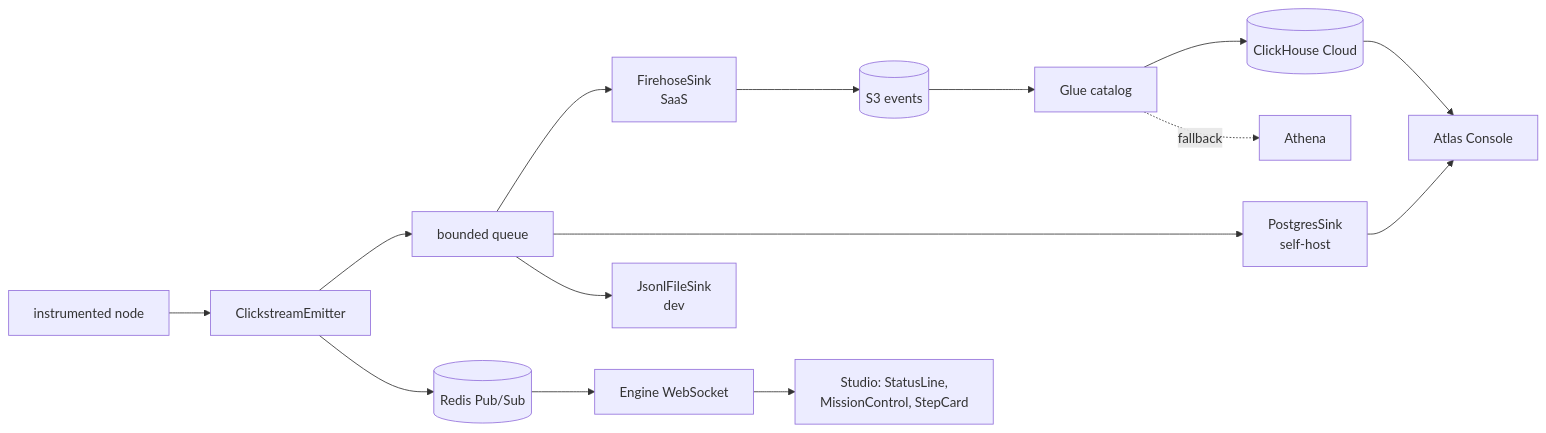
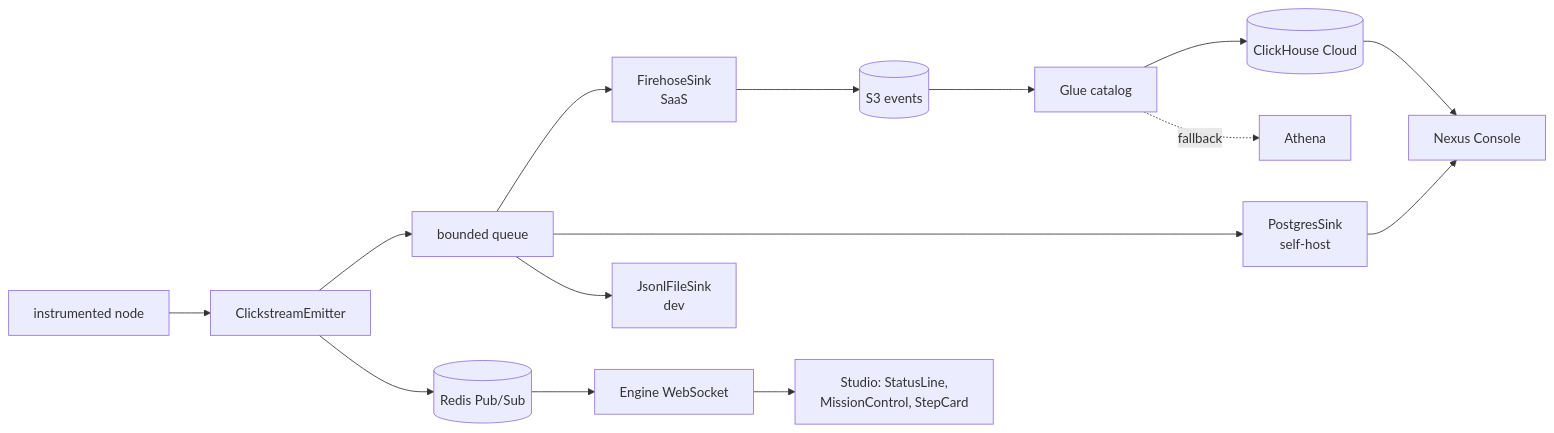
The third of 5 diagrams in docs/.research/.langgraph-bedrock-saas-migration-2026-06-05.md (pdlc-os/pdlcflow), drawn with Mermaid before and after one commit. The commit also changed other lines of this file and 24 other files, not shown here.

First line of the commit message:
docs+ui: rename 'Atlas Console' → 'Nexus Console' (avoid clash with Atlas the agent)

````diff
--- a/docs/.research/.langgraph-bedrock-saas-migration-2026-06-05.md
+++ b/docs/.research/.langgraph-bedrock-saas-migration-2026-06-05.md
@@ -1037,17 +1037,17 @@
 ```mermaid
 graph LR
   N[instrumented node] --> E[ClickstreamEmitter]
   E --> BQ[bounded queue]
   BQ --> F[FirehoseSink<br/>SaaS]
   BQ --> P[PostgresSink<br/>self-host]
   BQ --> J[JsonlFileSink<br/>dev]
   F --> S3[(S3 events)]
   S3 --> GL[Glue catalog]
   GL --> CH[(ClickHouse Cloud)]
   GL -.fallback.-> AT[Athena]
   E --> RPS[(Redis Pub/Sub)]
   RPS --> WS[Engine WebSocket]
   WS --> ST[Studio: StatusLine,<br/>MissionControl, StepCard]
-  CH --> AC[Atlas Console]
+  CH --> AC[Nexus Console]
   P --> AC
 ```
````
